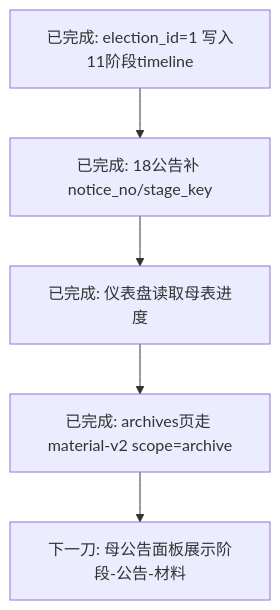
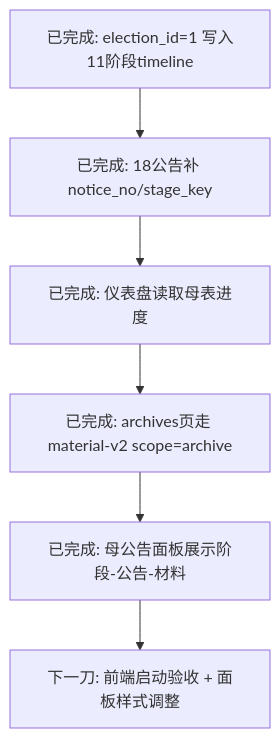
One commit to 4xiaxia/election-v2 changed the third of 3 diagrams in 副船长的航海接力日志/当前接力图.md. Above: the diagram before and after it, drawn with Mermaid.

Commit message:
docs: mark stage panel done, next: frontend startup verification

````diff
--- a/副船长的航海接力日志/当前接力图.md
+++ b/副船长的航海接力日志/当前接力图.md
@@ -39,7 +39,8 @@
 ```mermaid
 flowchart TD
     A[已完成: election_id=1 写入11阶段timeline] --> B[已完成: 18公告补 notice_no/stage_key]
     B --> C[已完成: 仪表盘读取母表进度]
     C --> D[已完成: archives页走 material-v2 scope=archive]
-    D --> E[下一刀: 母公告面板展示阶段-公告-材料]
+    D --> E[已完成: 母公告面板展示阶段-公告-材料]
+    E --> F[下一刀: 前端启动验收 + 面板样式调整]
 ```
````
